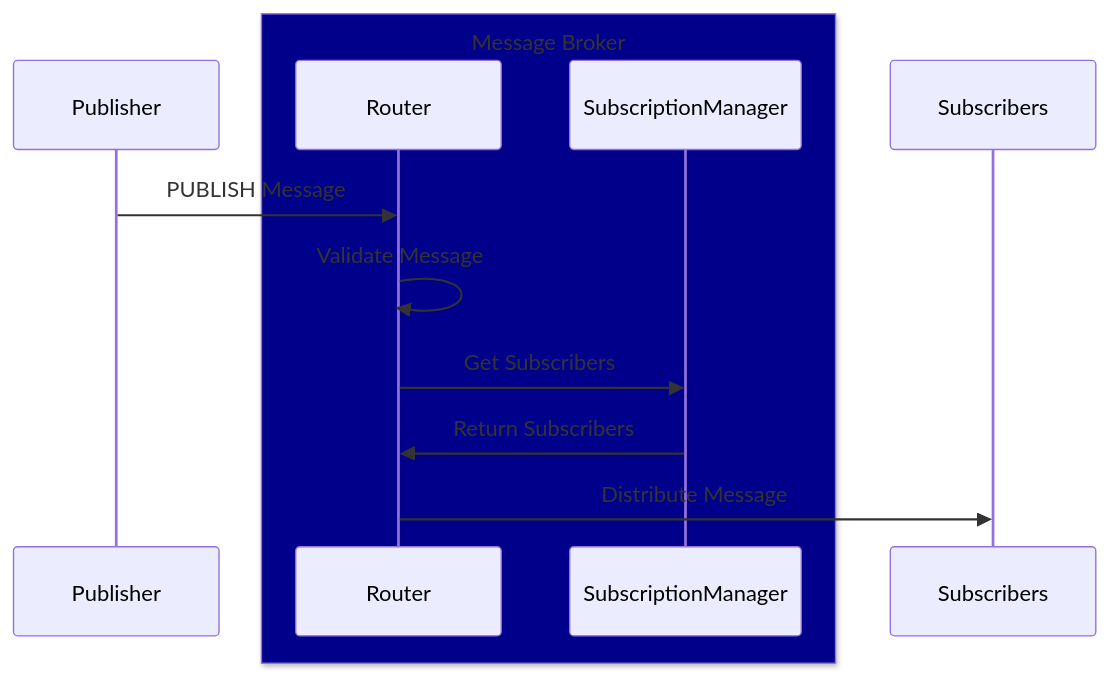
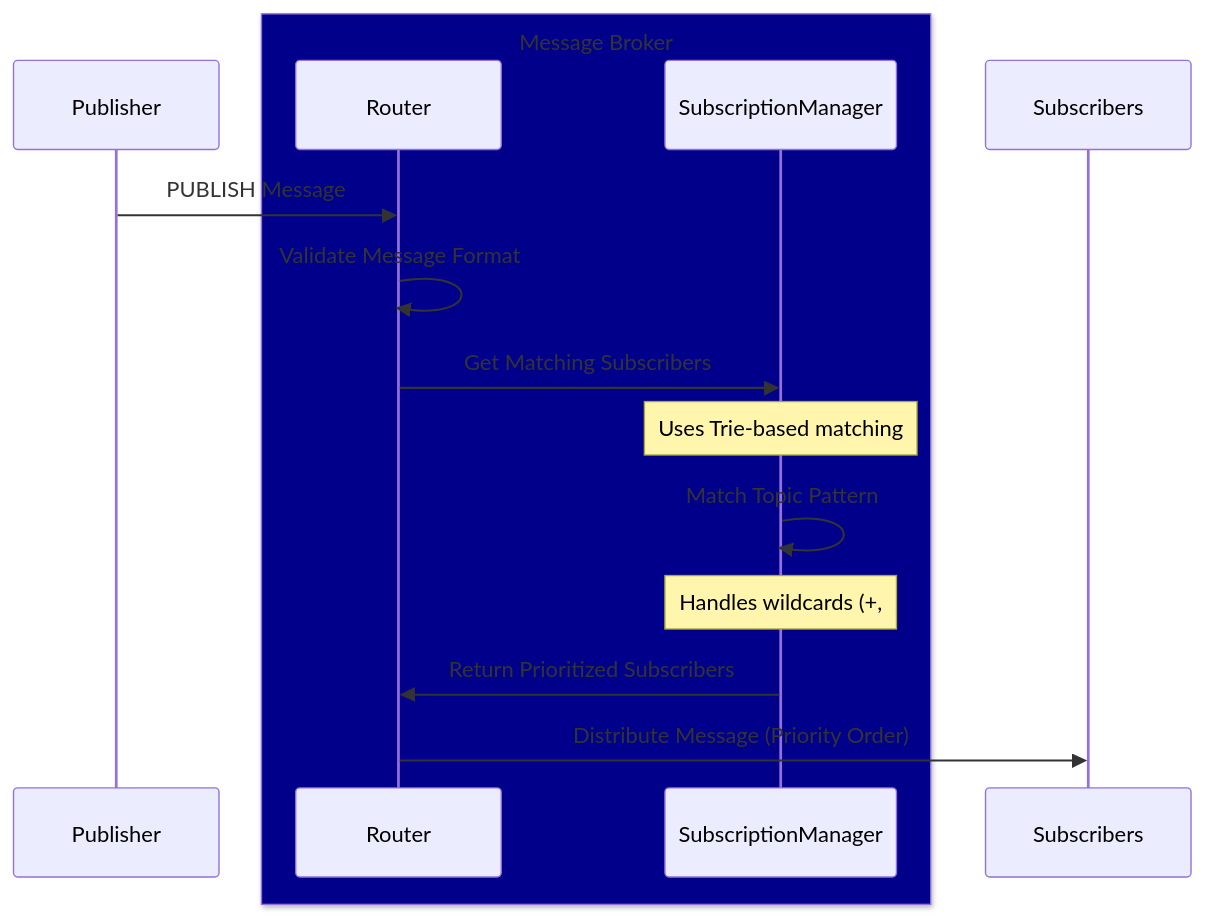
The second of 4 diagrams in docs/concepts/message-flow.md (DeX-Group-LLC/mb-server-node), drawn with Mermaid before and after one commit. The commit also changed other lines of this file and 20 other files, not shown here.

First line of the commit message:
Enhance Subscription Management with Improved Topic Matching and Validation

````diff
--- a/docs/concepts/message-flow.md
+++ b/docs/concepts/message-flow.md
@@ -39,15 +39,18 @@
 ```mermaid
 sequenceDiagram
     participant Publisher
     box DarkBlue Message Broker
     participant Router
     participant SubscriptionManager
     end
     participant Subscribers
 
     Publisher->>Router: PUBLISH Message
-    Router->>Router: Validate Message
-    Router->>SubscriptionManager: Get Subscribers
-    SubscriptionManager->>Router: Return Subscribers
-    Router->>Subscribers: Distribute Message
+    Router->>Router: Validate Message Format
+    Router->>SubscriptionManager: Get Matching Subscribers
+    Note over SubscriptionManager: Uses Trie-based matching
+    SubscriptionManager->>SubscriptionManager: Match Topic Pattern
+    Note over SubscriptionManager: Handles wildcards (+, #)
+    SubscriptionManager->>Router: Return Prioritized Subscribers
+    Router->>Subscribers: Distribute Message (Priority Order)
 ```
````
